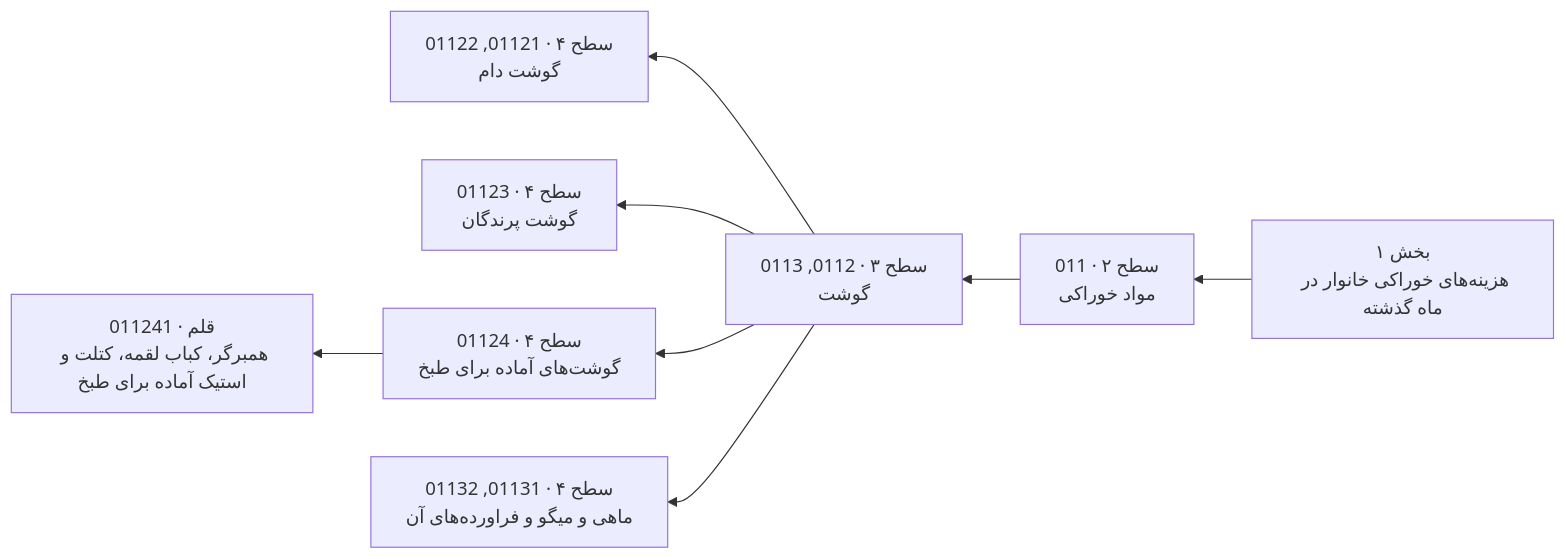
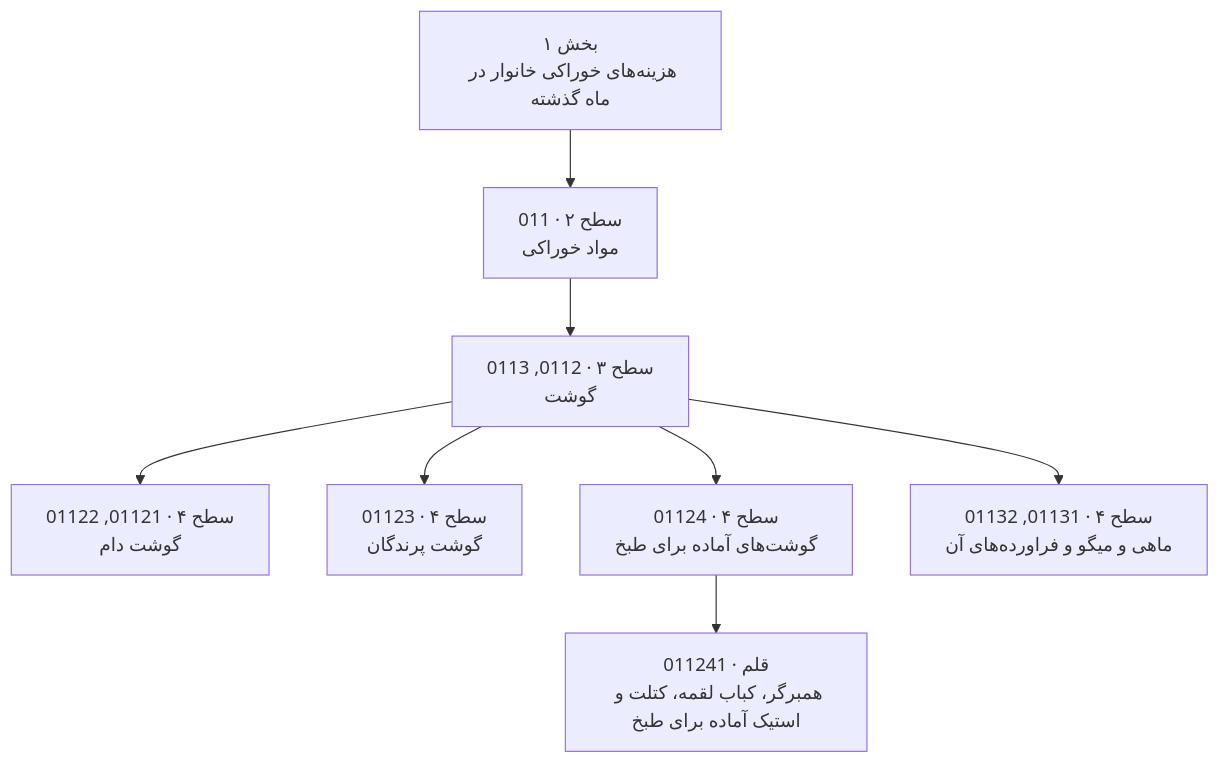
One commit to Open-Data-for-Iran/HIESIR-Codebook changed the third of 4 diagrams in docs/methods.fa.md. Above: the diagram before and after it, drawn with Mermaid. The commit also changed other lines of this file and 13 other files, not shown here.

````diff
--- a/docs/methods.fa.md
+++ b/docs/methods.fa.md
@@ -410,10 +410,10 @@
 ```mermaid
-flowchart RL
+flowchart TB
   s["بخش ۱<br>هزینه‌های خوراکی خانوار در ماه گذشته"] --> l2["سطح ۲ · 011<br>مواد خوراکی"]
   l2 --> l3["سطح ۳ · 0112, 0113<br>گوشت"]
   l3 --> l4a["سطح ۴ · 01121, 01122<br>گوشت دام"]
   l3 --> l4b["سطح ۴ · 01123<br>گوشت پرندگان"]
   l3 --> l4c["سطح ۴ · 01124<br>گوشت‌های آماده برای طبخ"]
   l3 --> l4d["سطح ۴ · 01131, 01132<br>ماهی و میگو و فراورده‌های آن"]
   l4c --> i["قلم · 011241<br>همبرگر، کباب لقمه، کتلت و استیک آماده برای طبخ"]
 ```
````
